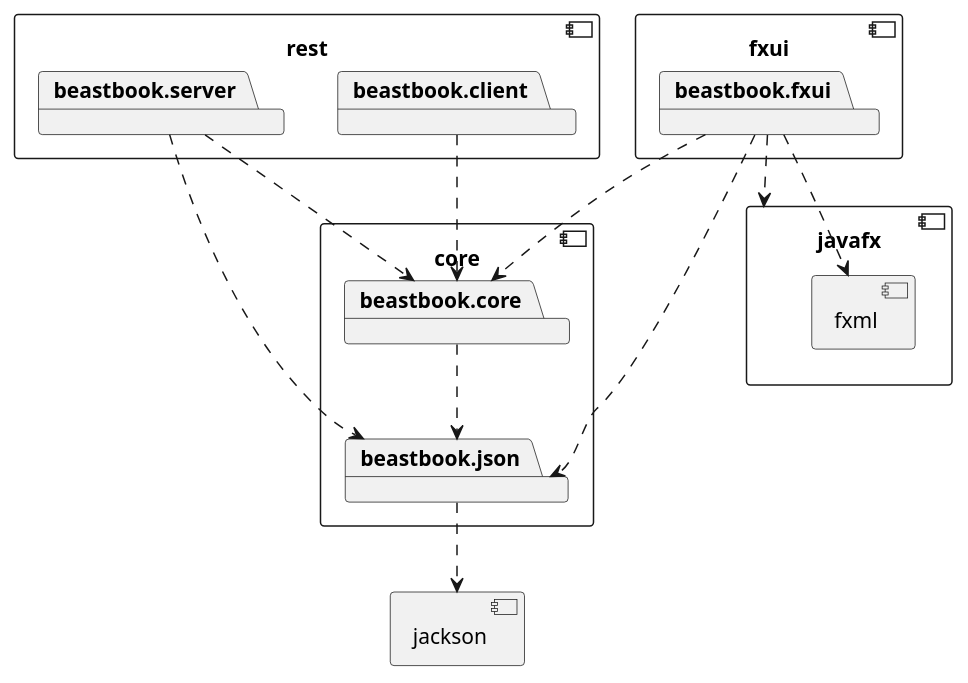
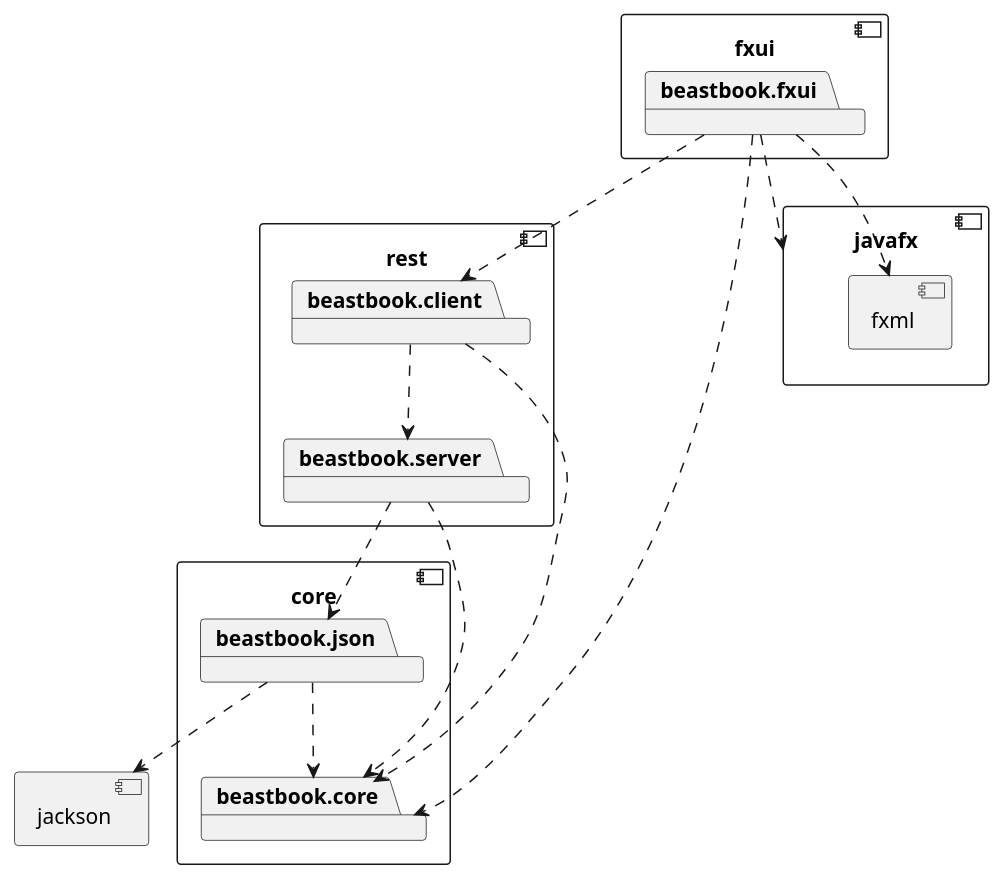
The diagram in docs/diagrams/architecture.puml (Madt2/IT1901-Prosjekt-host-2021), drawn with PlantUML before and after one commit. The commit also changed 4 other files, not shown here.

Commit message:
Updated and changed setup in class diagrams for architecture, json, core and rest.

```diff
--- a/docs/diagrams/architecture.puml
+++ b/docs/diagrams/architecture.puml
@@ -1,36 +1,40 @@
 @startuml architecture
 
 component core {
   package beastbook.core
   package beastbook.json
 }
 
 component fxui {
   package beastbook.fxui
 }
 
 component rest {
   package beastbook.server
   package beastbook.client
 }
 
 component jackson
 
 component javafx {
   component fxml
 }
 
 beastbook.fxui ..> javafx
 beastbook.fxui ..> fxml
 beastbook.fxui ..> beastbook.core
-beastbook.fxui ..> beastbook.json
+beastbook.fxui ..> beastbook.client
+/'
+beastbook.core ..> beastbook.json
+'/
+beastbook.json ..> jackson
+beastbook.json ..> beastbook.core
 
-beastbook.core ..> beastbook.json
-beastbook.json ..> jackson
 
 beastbook.server ..> beastbook.core
 beastbook.server ..> beastbook.json
 
+beastbook.client ..> beastbook.server
 beastbook.client ..> beastbook.core
 
 @enduml
```
